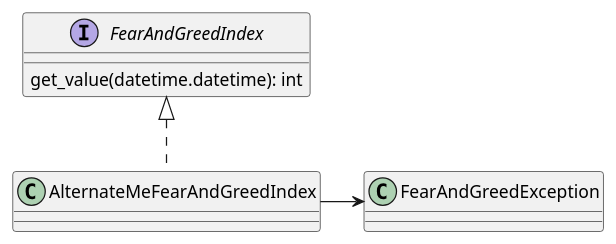
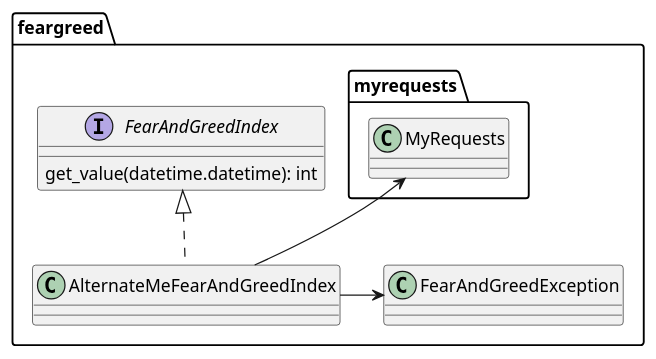
One commit to martin-ueding/vigilant-crypto-snatch changed the diagram in docs/dev/graphs/feargreed.puml. Above: the diagram before and after it, drawn with PlantUML. The commit also changed 7 other files, not shown here.

```diff
--- a/docs/dev/graphs/feargreed.puml
+++ b/docs/dev/graphs/feargreed.puml
@@ -1,14 +1,21 @@
 @startuml
 allowmixing
+
+
+namespace feargreed {
 
 interface FearAndGreedIndex {
     get_value(datetime.datetime): int
 }
 
 class AlternateMeFearAndGreedIndex implements FearAndGreedIndex
 
 class FearAndGreedException
 
 AlternateMeFearAndGreedIndex -> FearAndGreedException
 
+myrequests.MyRequests <-- AlternateMeFearAndGreedIndex
+
+}
+
 @enduml
```
